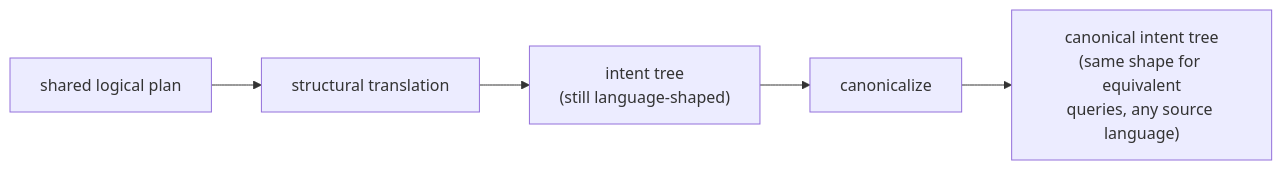
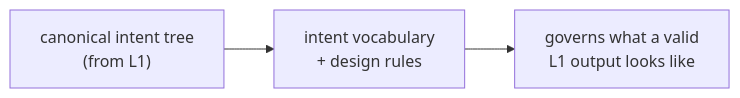
One commit to ProjectASAP/ASAPPlanner changed the second of 5 diagrams in docs/design.md. Above: the diagram before and after it, drawn with Mermaid. The commit also changed other lines of this file and 6 other files, not shown here.

````diff
--- a/docs/design.md
+++ b/docs/design.md
@@ -89,5 +95,5 @@
 ```mermaid
 flowchart LR
-    L2T["shared logical plan"] --> C["structural translation"] --> R["intent tree\n(still language-shaped)"]
-    R --> CN["canonicalize"] --> L3["canonical intent tree\n(same shape for equivalent\nqueries, any source language)"]
+    L1T["canonical intent tree\n(from L1)"] --> V["intent vocabulary\n+ design rules"]
+    V --> L2["governs what a valid\nL1 output looks like"]
 ```
````
